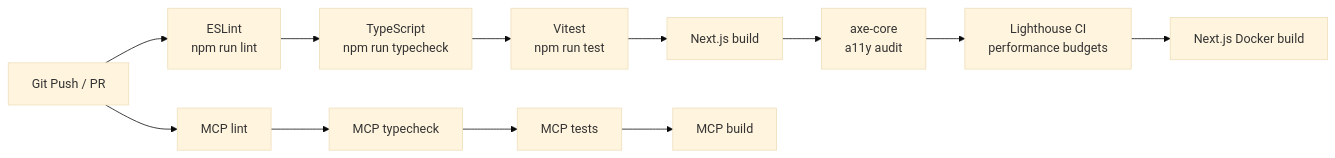
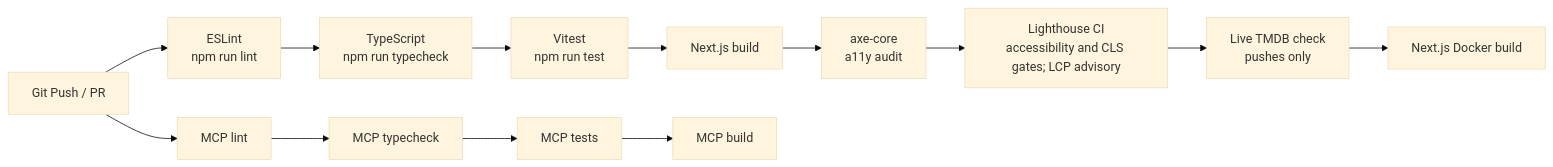
Before and after one commit to LuismGil/movie-explorer: the third of 3 diagrams in README.md, drawn with Mermaid (base theme). The commit also changed other lines of this file and 6 other files, not shown here.

Commit message:
ci(lighthouse): report mobile LCP misses as advisory warnings

````diff
--- a/README.md
+++ b/README.md
@@ -262,14 +262,15 @@
 ```mermaid
 flowchart LR
   Push["Git Push / PR"] --> Lint["ESLint\nnpm run lint"]
   Lint --> Typecheck["TypeScript\nnpm run typecheck"]
   Typecheck --> Test["Vitest\nnpm run test"]
   Test --> Build["Next.js build"]
   Build --> A11y["axe-core\na11y audit"]
-  A11y --> Lighthouse["Lighthouse CI\nperformance budgets"]
-  Lighthouse --> Docker["Next.js Docker build"]
+  A11y --> Lighthouse["Lighthouse CI\naccessibility and CLS gates; LCP advisory"]
+  Lighthouse --> TMDB["Live TMDB check\npushes only"]
+  TMDB --> Docker["Next.js Docker build"]
   Push --> MCPLint["MCP lint"]
   MCPLint --> MCPTypes["MCP typecheck"]
   MCPTypes --> MCPTests["MCP tests"]
   MCPTests --> MCPBuild["MCP build"]
 ```
````
